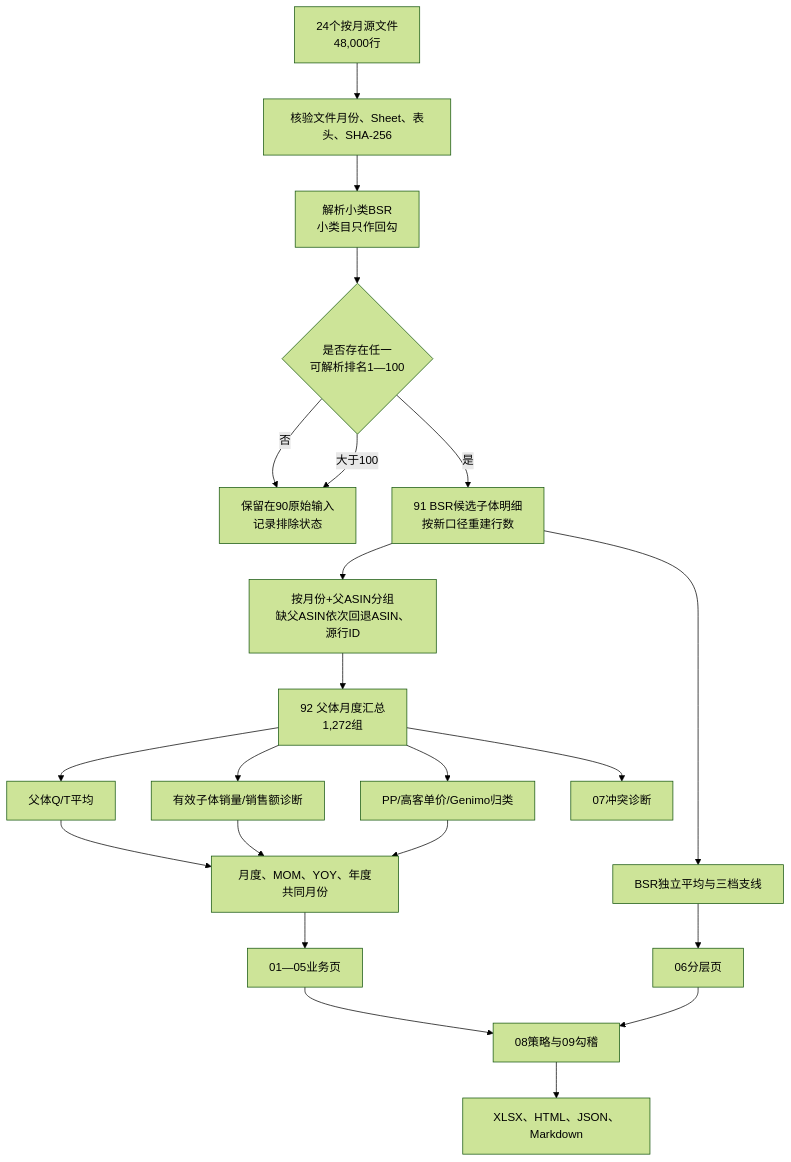
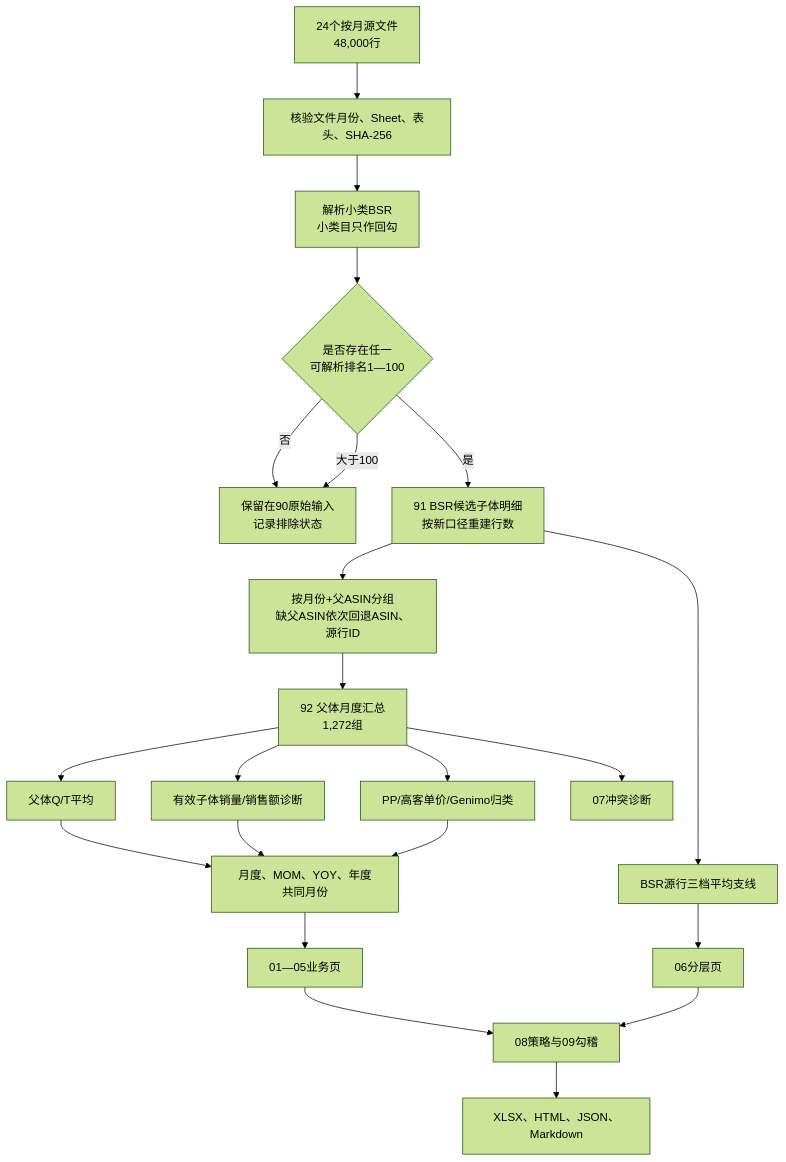
Before and after one commit to theZhouverse/t5-outdoor-rug-market-analysis: the diagram in docs/数据处理流程与人工验算-20260922.md, drawn with Mermaid (forest theme). The commit also changed other lines of this file and 4 other files, not shown here.

````diff
--- a/docs/数据处理流程与人工验算-20260922.md
+++ b/docs/数据处理流程与人工验算-20260922.md
@@ -32,24 +32,24 @@
 ```mermaid
 flowchart TD
   A[24个按月源文件<br/>48,000行] --> B[核验文件月份、Sheet、表头、SHA-256]
   B --> C[解析小类BSR<br/>小类目只作回勾]
   C --> D{是否存在任一<br/>可解析排名1—100}
   D -->|否| E[保留在90原始输入<br/>记录排除状态]
   D -->|是| F[91 BSR候选子体明细<br/>按新口径重建行数]
   D -->|大于100| E
   F --> G[按月份+父ASIN分组<br/>缺父ASIN依次回退ASIN、源行ID]
   G --> H[92 父体月度汇总<br/>1,272组]
    H --> I[父体Q/T平均]
    H --> J[有效子体销量/销售额诊断]
   H --> K[PP/高客单价/Genimo归类]
   I --> L[月度、MOM、YOY、年度共同月份]
   J --> L
   K --> L
-   F --> M[BSR独立平均与三档支线]
+   F --> M[BSR源行三档平均支线]
   L --> N[01—05业务页]
   M --> O[06分层页]
   H --> P[07冲突诊断]
   N --> Q[08策略与09勾稽]
   O --> Q
   Q --> R[XLSX、HTML、JSON、Markdown]
 ```
````
